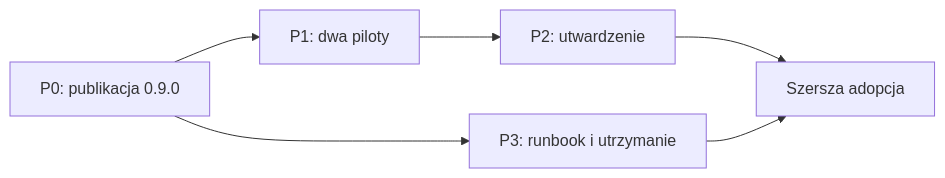
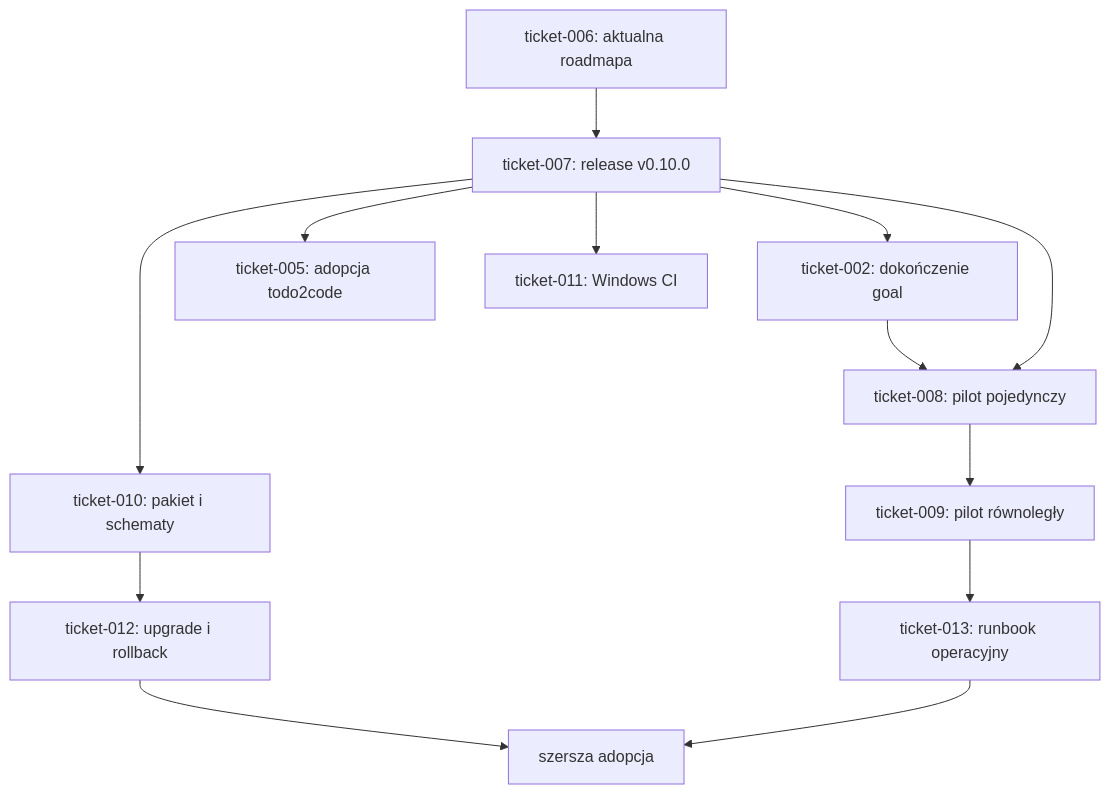
Before and after one commit to wellmanifest/new-project: the diagram in docs/ROADMAP_AFTER_0.9.0.md, drawn with Mermaid. The commit also changed other lines of this file and 50 other files, not shown here.

````diff
--- a/docs/ROADMAP_AFTER_0.9.0.md
+++ b/docs/ROADMAP_AFTER_0.9.0.md
@@ -100,8 +104,15 @@
 ```mermaid
-flowchart LR
-    P0[P0: publikacja 0.9.0] --> P1[P1: dwa piloty]
-    P1 --> P2[P2: utwardzenie]
-    P0 --> P3[P3: runbook i utrzymanie]
-    P2 --> GA[Szersza adopcja]
-    P3 --> GA
+flowchart TD
+    T006[ticket-006: aktualna roadmapa] --> T007[ticket-007: release v0.10.0]
+    T007 --> T002[ticket-002: dokończenie goal]
+    T007 --> T005[ticket-005: adopcja todo2code]
+    T002 --> T008[ticket-008: pilot pojedynczy]
+    T007 --> T008
+    T008 --> T009[ticket-009: pilot równoległy]
+    T007 --> T010[ticket-010: pakiet i schematy]
+    T007 --> T011[ticket-011: Windows CI]
+    T010 --> T012[ticket-012: upgrade i rollback]
+    T009 --> T013[ticket-013: runbook operacyjny]
+    T012 --> GA[szersza adopcja]
+    T013 --> GA
 ```
````
